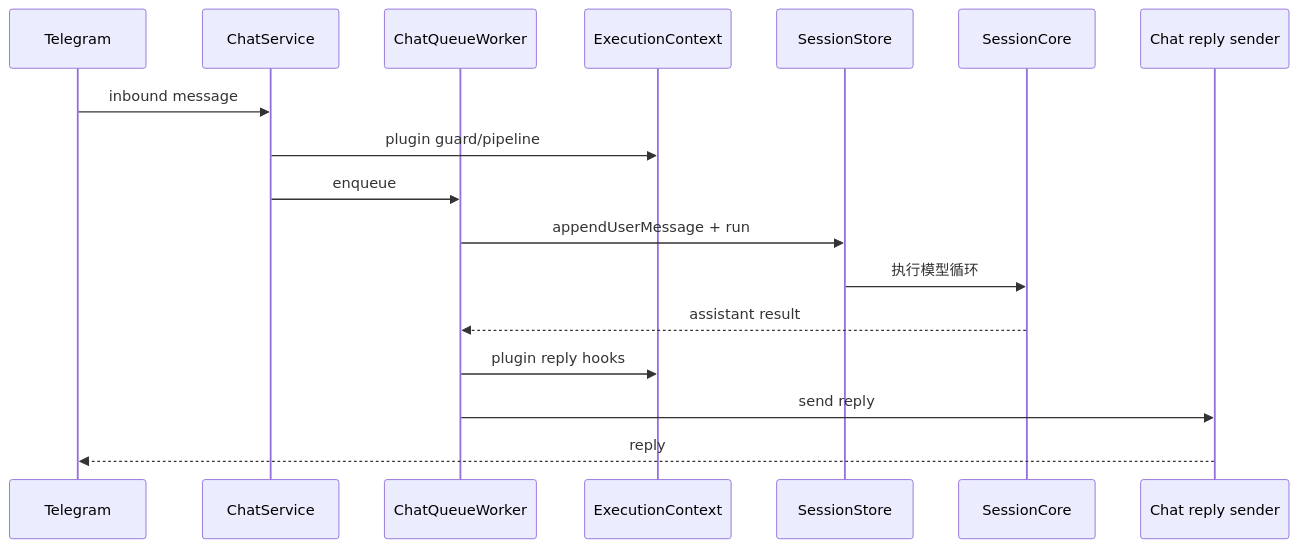
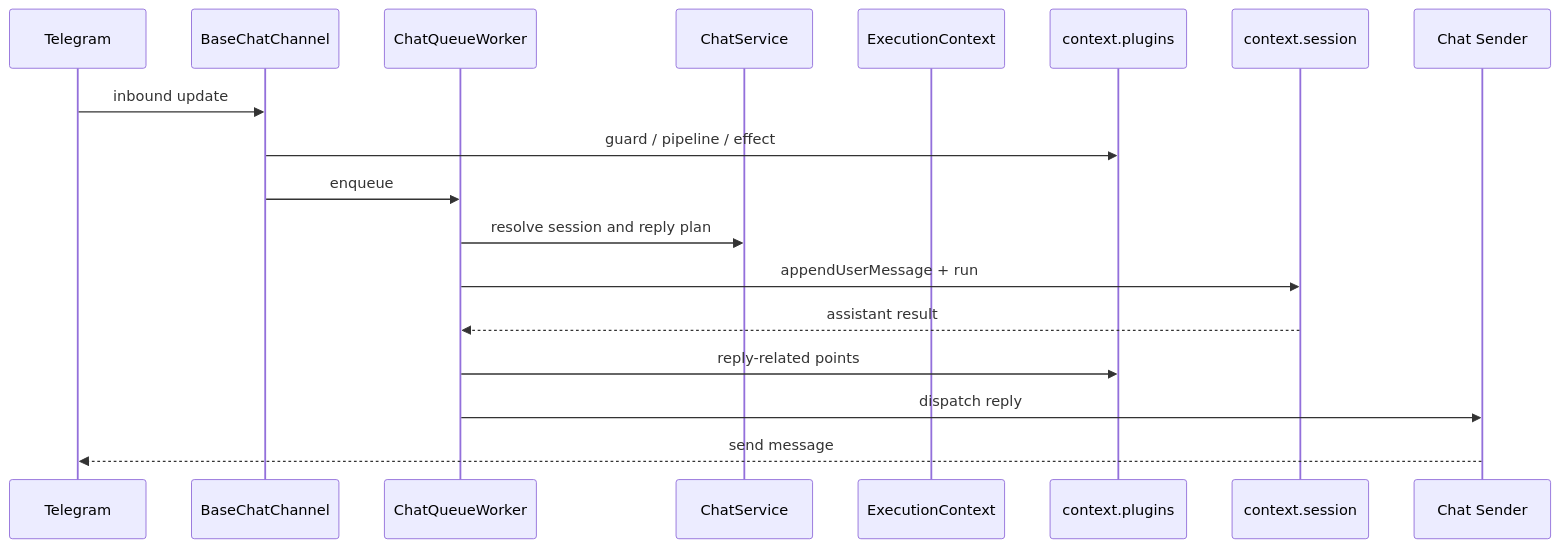
The seventh of 7 diagrams in devdocs/agent-native-architecture-design.md (wangenius/downcity), drawn with Mermaid before and after one commit. The commit also changed other lines of this file and 96 other files, not shown here.

````diff
--- a/devdocs/agent-native-architecture-design.md
+++ b/devdocs/agent-native-architecture-design.md
@@ -375,20 +245,21 @@
 ```mermaid
 sequenceDiagram
   participant TG as Telegram
+  participant CHANNEL as BaseChatChannel
+  participant QUEUE as ChatQueueWorker
   participant CHAT as ChatService
-  participant QUEUE as ChatQueueWorker
   participant CTX as ExecutionContext
-  participant SESSION as SessionStore
-  participant CORE as SessionCore
-  participant SEND as Chat reply sender
+  participant PLUGIN as context.plugins
+  participant SESSION as context.session
+  participant SEND as Chat Sender
 
-  TG->>CHAT: inbound message
-  CHAT->>CTX: plugin guard/pipeline
-  CHAT->>QUEUE: enqueue
+  TG->>CHANNEL: inbound update
+  CHANNEL->>PLUGIN: guard / pipeline / effect
+  CHANNEL->>QUEUE: enqueue
+  QUEUE->>CHAT: resolve session and reply plan
   QUEUE->>SESSION: appendUserMessage + run
-  SESSION->>CORE: 执行模型循环
-  CORE-->>QUEUE: assistant result
-  QUEUE->>CTX: plugin reply hooks
-  QUEUE->>SEND: send reply
-  SEND-->>TG: reply
+  SESSION-->>QUEUE: assistant result
+  QUEUE->>PLUGIN: reply-related points
+  QUEUE->>SEND: dispatch reply
+  SEND-->>TG: send message
 ```
````
